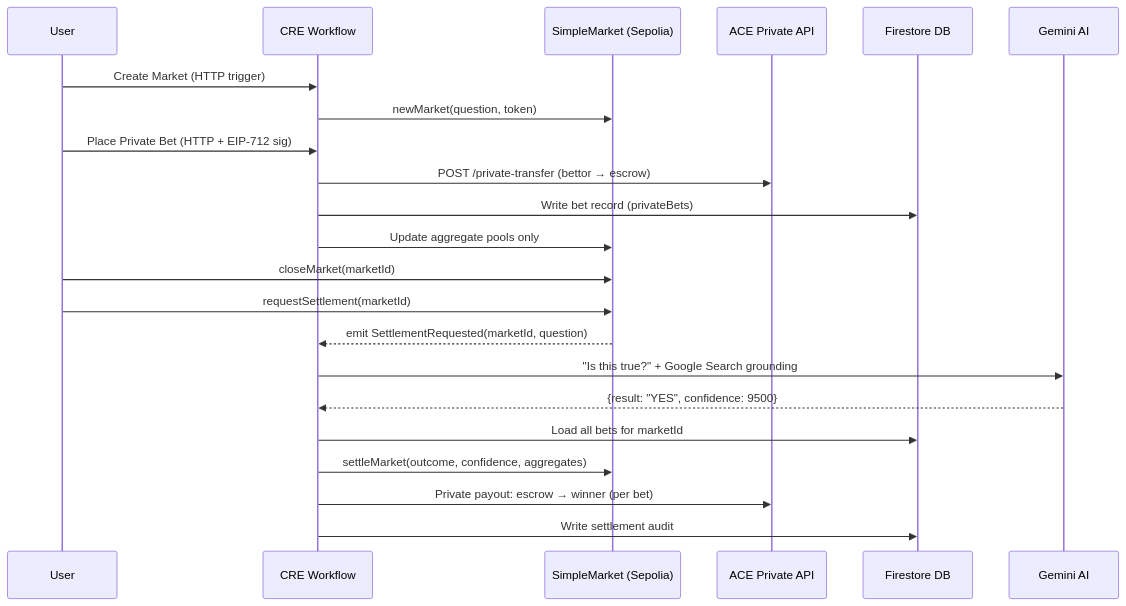
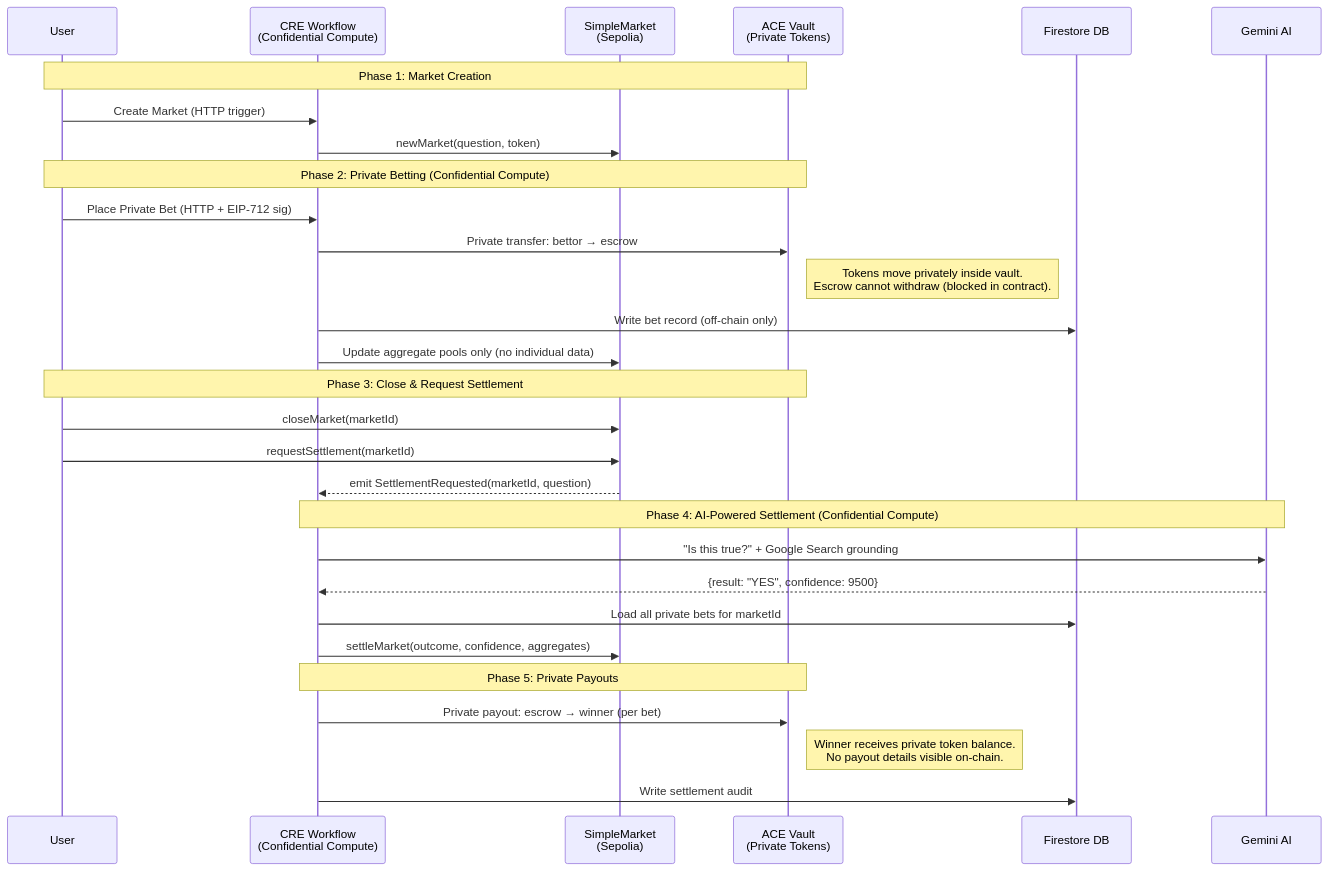
One commit to juSt-jeLLy/Veritasx changed the diagram in README.md. Above: the diagram before and after it, drawn with Mermaid. The commit also changed other lines of this file, not shown here.

First line of the commit message:
docs: add ACE Vault escrow security and Confidential Compute details to architecture

````diff
--- a/README.md
+++ b/README.md
@@ -56,28 +77,36 @@
 ```mermaid
 sequenceDiagram
     participant User
-    participant CRE as CRE Workflow
-    participant Contract as SimpleMarket (Sepolia)
-    participant ACE as ACE Private API
+    participant CRE as CRE Workflow<br/>(Confidential Compute)
+    participant Contract as SimpleMarket<br/>(Sepolia)
+    participant Vault as ACE Vault<br/>(Private Tokens)
     participant Firestore as Firestore DB
     participant Gemini as Gemini AI
 
+    Note over User,Vault: Phase 1: Market Creation
     User->>CRE: Create Market (HTTP trigger)
     CRE->>Contract: newMarket(question, token)
 
+    Note over User,Vault: Phase 2: Private Betting (Confidential Compute)
     User->>CRE: Place Private Bet (HTTP + EIP-712 sig)
-    CRE->>ACE: POST /private-transfer (bettor → escrow)
-    CRE->>Firestore: Write bet record (privateBets)
-    CRE->>Contract: Update aggregate pools only
+    CRE->>Vault: Private transfer: bettor → escrow
+    Note right of Vault: Tokens move privately inside vault.<br/>Escrow cannot withdraw (blocked in contract).
+    CRE->>Firestore: Write bet record (off-chain only)
+    CRE->>Contract: Update aggregate pools only (no individual data)
 
+    Note over User,Vault: Phase 3: Close & Request Settlement
     User->>Contract: closeMarket(marketId)
     User->>Contract: requestSettlement(marketId)
     Contract-->>CRE: emit SettlementRequested(marketId, question)
 
+    Note over CRE,Gemini: Phase 4: AI-Powered Settlement (Confidential Compute)
     CRE->>Gemini: "Is this true?" + Google Search grounding
     Gemini-->>CRE: {result: "YES", confidence: 9500}
-    CRE->>Firestore: Load all bets for marketId
+    CRE->>Firestore: Load all private bets for marketId
     CRE->>Contract: settleMarket(outcome, confidence, aggregates)
-    CRE->>ACE: Private payout: escrow → winner (per bet)
+
+    Note over CRE,Vault: Phase 5: Private Payouts
+    CRE->>Vault: Private payout: escrow → winner (per bet)
+    Note right of Vault: Winner receives private token balance.<br/>No payout details visible on-chain.
     CRE->>Firestore: Write settlement audit
 ```
````
